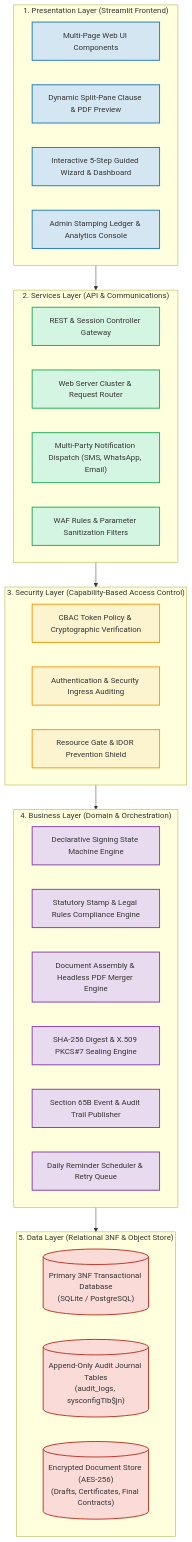
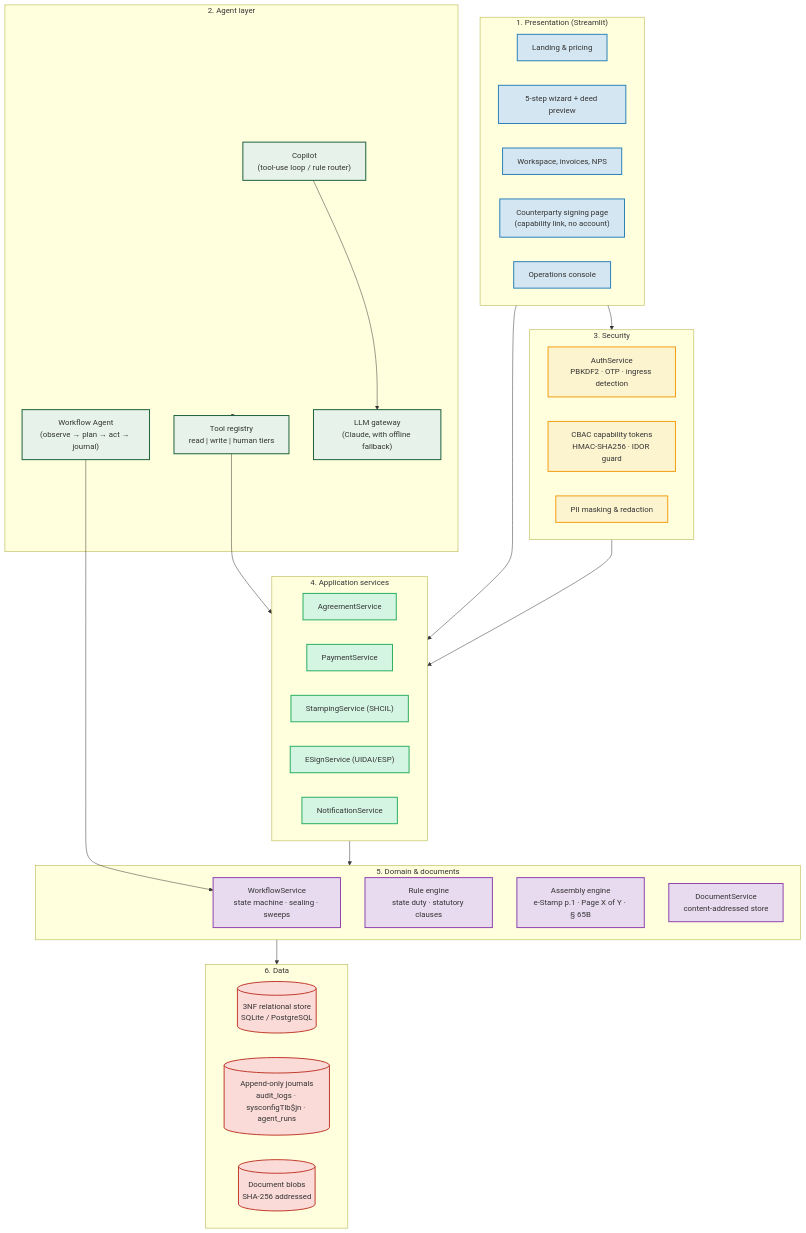
One commit to shinevijayan03/golegal_os changed the first of 5 diagrams in ARCHITECTURE.md. Above: the diagram before and after it, drawn with Mermaid. The commit also changed other lines of this file and 60 other files, not shown here.

````diff
--- a/ARCHITECTURE.md
+++ b/ARCHITECTURE.md
@@ -14,48 +16,61 @@
 ```mermaid
 graph TD
     classDef pres fill:#D4E6F1,stroke:#2980B9,stroke-width:2px;
+    classDef agent fill:#E7F3EA,stroke:#1B5E3A,stroke-width:2px;
     classDef srv fill:#D5F5E3,stroke:#27AE60,stroke-width:2px;
     classDef sec fill:#FCF3CF,stroke:#F39C12,stroke-width:2px;
     classDef biz fill:#E8DAEF,stroke:#8E44AD,stroke-width:2px;
     classDef data fill:#FADBD8,stroke:#C0392B,stroke-width:2px;
 
-    subgraph Presentation_Layer ["1. Presentation Layer (Streamlit Frontend)"]
-        UI["Multi-Page Web UI Components"]:::pres
-        DocRender["Dynamic Split-Pane Clause & PDF Preview"]:::pres
-        WorkflowUI["Interactive 5-Step Guided Wizard & Dashboard"]:::pres
-        AdminConsole["Admin Stamping Ledger & Analytics Console"]:::pres
+    subgraph P ["1. Presentation (Streamlit)"]
+        Landing["Landing & pricing"]:::pres
+        Wizard["5-step wizard + deed preview"]:::pres
+        Workspace["Workspace, invoices, NPS"]:::pres
+        SignPage["Counterparty signing page<br/>(capability link, no account)"]:::pres
+        Admin["Operations console"]:::pres
     end
 
-    subgraph Services_Layer ["2. Services Layer (API & Communications)"]
-        APIGateway["REST & Session Controller Gateway"]:::srv
-        WebServers["Web Server Cluster & Request Router"]:::srv
-        NotificationEng["Multi-Party Notification Dispatch (SMS, WhatsApp, Email)"]:::srv
-        SecFilter["WAF Rules & Parameter Sanitization Filters"]:::srv
+    subgraph AG ["2. Agent layer"]
+        Copilot["Copilot<br/>(tool-use loop / rule router)"]:::agent
+        WFAgent["Workflow Agent<br/>(observe → plan → act → journal)"]:::agent
+        Registry["Tool registry<br/>read | write | human tiers"]:::agent
+        LLM["LLM gateway<br/>(Claude, with offline fallback)"]:::agent
     end
 
-    subgraph Security_Layer ["3. Security Layer (Capability-Based Access Control)"]
-        AccessControl["CBAC Token Policy & Cryptographic Verification"]:::sec
-        AuthAudit["Authentication & Security Ingress Auditing"]:::sec
-        ResManager["Resource Gate & IDOR Prevention Shield"]:::sec
+    subgraph SEC ["3. Security"]
+        Auth["AuthService<br/>PBKDF2 · OTP · ingress detection"]:::sec
+        CBAC["CBAC capability tokens<br/>HMAC-SHA256 · IDOR guard"]:::sec
+        PII["PII masking & redaction"]:::sec
     end
 
-    subgraph Business_Layer ["4. Business Layer (Domain & Orchestration)"]
-        WorkflowEng["Declarative Signing State Machine Engine"]:::biz
-        ComplianceEng["Statutory Stamp & Legal Rules Compliance Engine"]:::biz
-        DocMerger["Document Assembly & Headless PDF Merger Engine"]:::biz
-        CryptoSeal["SHA-256 Digest & X.509 PKCS#7 Sealing Engine"]:::biz
-        EventMgmt["Section 65B Event & Audit Trail Publisher"]:::biz
-        AsyncScheduler["Daily Reminder Scheduler & Retry Queue"]:::biz
+    subgraph SVC ["4. Application services"]
+        AgrSvc["AgreementService"]:::srv
+        PaySvc["PaymentService"]:::srv
+        StampSvc["StampingService (SHCIL)"]:::srv
+        ESignSvc["ESignService (UIDAI/ESP)"]:::srv
+        NotifSvc["NotificationService"]:::srv
     end
 
-    subgraph Data_Layer ["5. Data Layer (Relational 3NF & Object Store)"]
-        TxDB[("Primary 3NF Transactional Database<br/>(SQLite / PostgreSQL)")]:::data
-        AuditDB[("Append-Only Audit Journal Tables<br/>(audit_logs, sysconfigTlb$jn)")]:::data
-        DocStore[("Encrypted Document Store (AES-256)<br/>(Drafts, Certificates, Final Contracts)")]:::data
+    subgraph BIZ ["5. Domain & documents"]
+        WF["WorkflowService<br/>state machine · sealing · sweeps"]:::biz
+        Rules["Rule engine<br/>state duty · statutory clauses"]:::biz
+        Doc["Assembly engine<br/>e-Stamp p.1 · Page X of Y · § 65B"]:::biz
+        DocStore["DocumentService<br/>content-addressed store"]:::biz
     end
 
-    Presentation_Layer --> Services_Layer
-    Services_Layer --> Security_Layer
-    Security_Layer --> Business_Layer
-    Business_Layer --> Data_Layer
+    subgraph DATA ["6. Data"]
+        DB[("3NF relational store<br/>SQLite / PostgreSQL")]:::data
+        Journal[("Append-only journals<br/>audit_logs · sysconfigTlb$jn · agent_runs")]:::data
+        Blobs[("Document blobs<br/>SHA-256 addressed")]:::data
+    end
+
+    P --> SEC
+    AG --> Registry
+    Registry --> SVC
+    Copilot --> LLM
+    WFAgent --> WF
+    P --> SVC
+    SEC --> SVC
+    SVC --> BIZ
+    BIZ --> DATA
 ```
````
